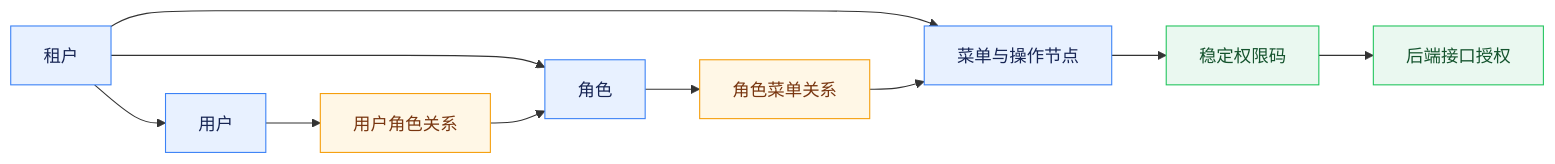
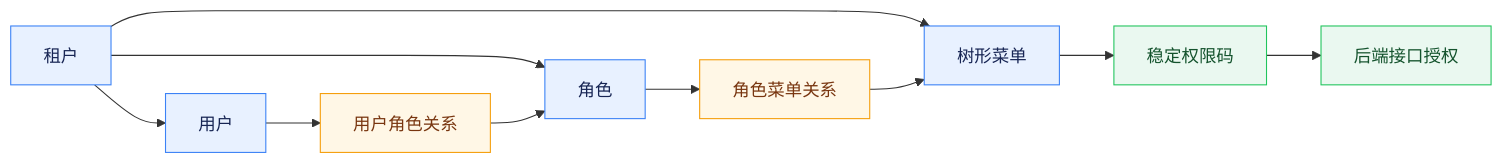
One commit to Logistic98/job-buddy changed the first of 2 diagrams in agent-doc/架构设计/多租户账号与权限体系.md. Above: the diagram before and after it, drawn with Mermaid. The commit also changed other lines of this file and 19 other files, not shown here.

````diff
--- a/agent-doc/架构设计/多租户账号与权限体系.md
+++ b/agent-doc/架构设计/多租户账号与权限体系.md
@@ -13,19 +15,19 @@
 ```mermaid
 graph LR
     T[租户] --> U[用户]
     T --> R[角色]
-    T --> M[菜单与操作节点]
+    T --> M[树形菜单]
     U --> UR[用户角色关系]
     UR --> R
     R --> RM[角色菜单关系]
     RM --> M
     M --> P[稳定权限码]
     P --> API[后端接口授权]
 
     classDef subject fill:#E8F1FF,stroke:#3B82F6,color:#172554;
     classDef relation fill:#FFF7E6,stroke:#F59E0B,color:#78350F;
     classDef guard fill:#EAF8F0,stroke:#22C55E,color:#14532D;
     class T,U,R,M subject;
     class UR,RM relation;
     class P,API guard;
 ```
````
